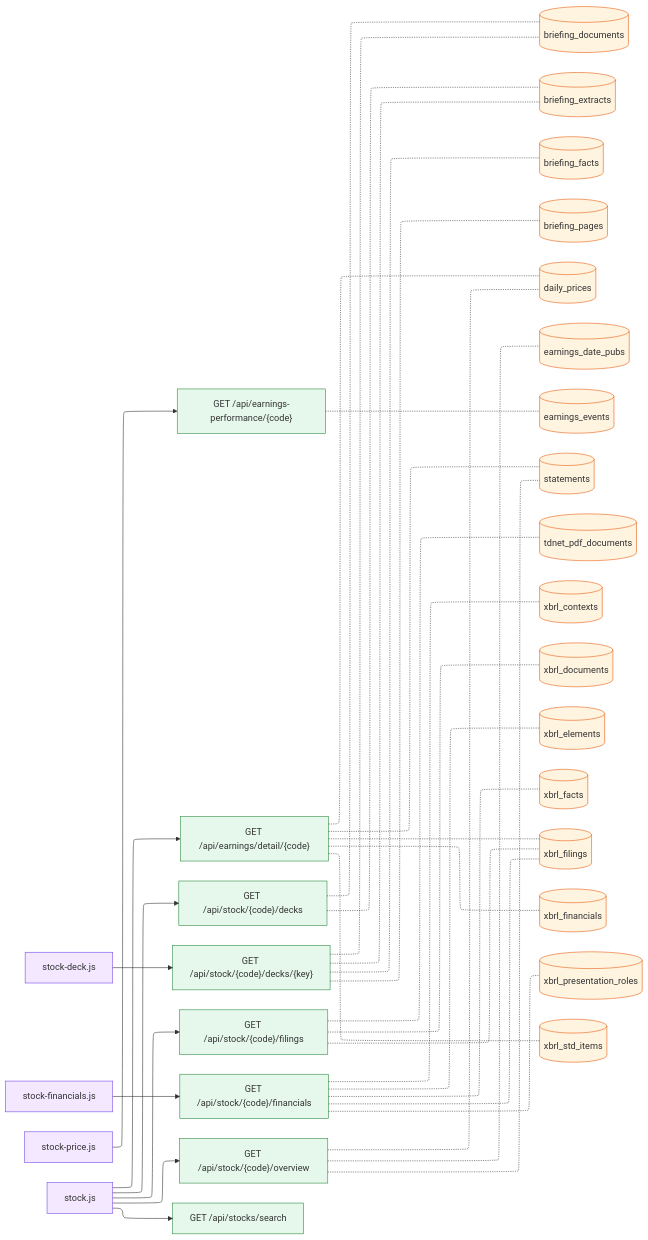
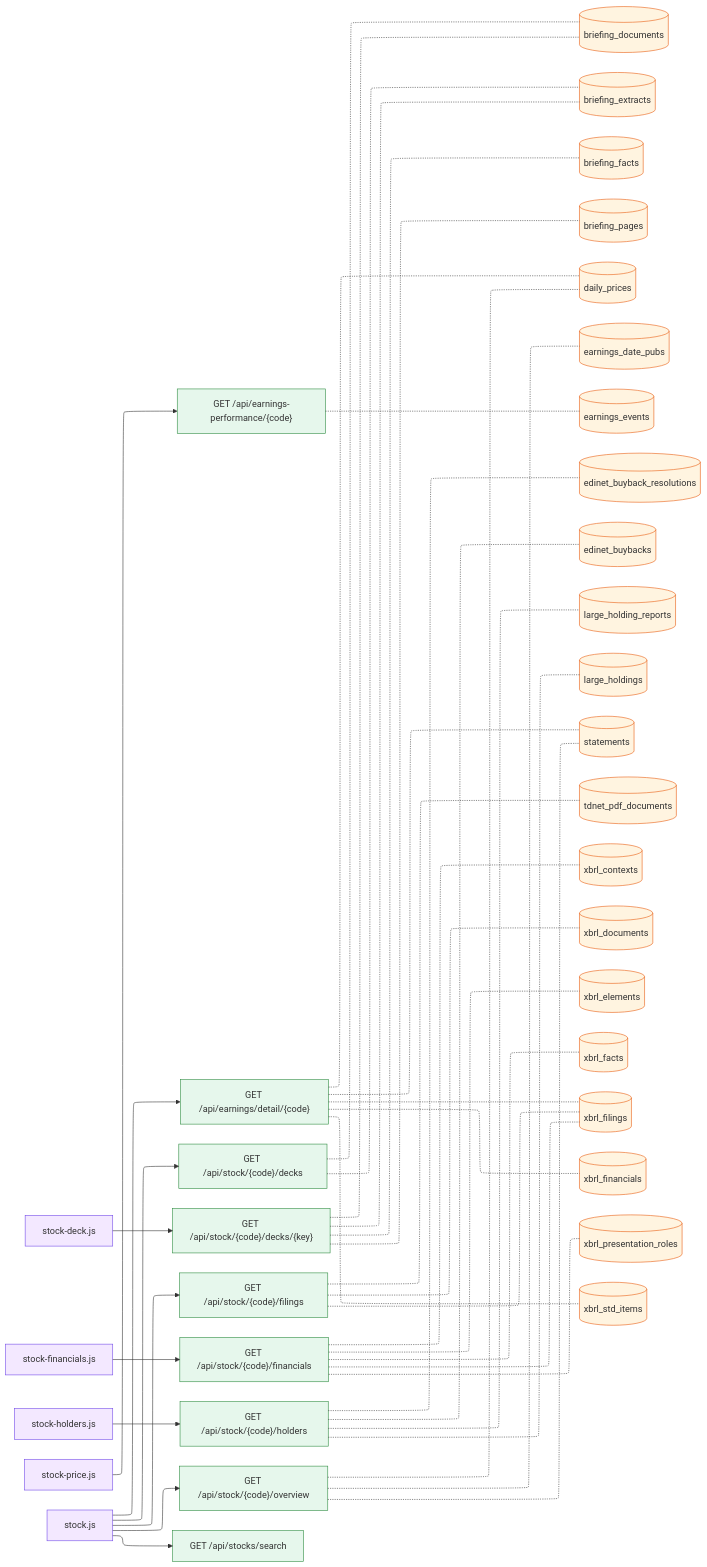
Before and after one commit to pekumirui/stock-analyzer: the diagram in docs/screen/gen/stock.md, drawn with Mermaid. The commit also changed other lines of this file and 46 other files, not shown here.

Commit message:
improve(KAB-621): パンくずリストを消し、画面遷移図を JS の呼び出しから作り直す (#1827)

````diff
--- a/docs/screen/gen/stock.md
+++ b/docs/screen/gen/stock.md
@@ -22,70 +22,81 @@
 ```mermaid
 ---
 config:
   layout: elk
 ---
 flowchart LR
   n0["stock-deck.js"]:::js
   n1["stock-financials.js"]:::js
-  n2["stock-price.js"]:::js
-  n3["stock.js"]:::js
-  n4["GET /api/earnings-performance/{code}"]:::api
-  n5["GET /api/earnings/detail/{code}"]:::api
-  n6["GET /api/stock/{code}/decks"]:::api
-  n7["GET /api/stock/{code}/decks/{key}"]:::api
-  n8["GET /api/stock/{code}/filings"]:::api
-  n9["GET /api/stock/{code}/financials"]:::api
-  n10["GET /api/stock/{code}/overview"]:::api
-  n11["GET /api/stocks/search"]:::api
-  n12[("briefing_documents")]:::tbl
-  n13[("briefing_extracts")]:::tbl
-  n14[("briefing_facts")]:::tbl
-  n15[("briefing_pages")]:::tbl
-  n16[("daily_prices")]:::tbl
-  n17[("earnings_date_pubs")]:::tbl
-  n18[("earnings_events")]:::tbl
-  n19[("statements")]:::tbl
-  n20[("tdnet_pdf_documents")]:::tbl
-  n21[("xbrl_contexts")]:::tbl
-  n22[("xbrl_documents")]:::tbl
-  n23[("xbrl_elements")]:::tbl
-  n24[("xbrl_facts")]:::tbl
-  n25[("xbrl_filings")]:::tbl
-  n26[("xbrl_financials")]:::tbl
-  n27[("xbrl_presentation_roles")]:::tbl
-  n28[("xbrl_std_items")]:::tbl
-  n2 --> n4
-  n4 -.- n18
+  n2["stock-holders.js"]:::js
+  n3["stock-price.js"]:::js
+  n4["stock.js"]:::js
+  n5["GET /api/earnings-performance/{code}"]:::api
+  n6["GET /api/earnings/detail/{code}"]:::api
+  n7["GET /api/stock/{code}/decks"]:::api
+  n8["GET /api/stock/{code}/decks/{key}"]:::api
+  n9["GET /api/stock/{code}/filings"]:::api
+  n10["GET /api/stock/{code}/financials"]:::api
+  n11["GET /api/stock/{code}/holders"]:::api
+  n12["GET /api/stock/{code}/overview"]:::api
+  n13["GET /api/stocks/search"]:::api
+  n14[("briefing_documents")]:::tbl
+  n15[("briefing_extracts")]:::tbl
+  n16[("briefing_facts")]:::tbl
+  n17[("briefing_pages")]:::tbl
+  n18[("daily_prices")]:::tbl
+  n19[("earnings_date_pubs")]:::tbl
+  n20[("earnings_events")]:::tbl
+  n21[("edinet_buyback_resolutions")]:::tbl
+  n22[("edinet_buybacks")]:::tbl
+  n23[("large_holding_reports")]:::tbl
+  n24[("large_holdings")]:::tbl
+  n25[("statements")]:::tbl
+  n26[("tdnet_pdf_documents")]:::tbl
+  n27[("xbrl_contexts")]:::tbl
+  n28[("xbrl_documents")]:::tbl
+  n29[("xbrl_elements")]:::tbl
+  n30[("xbrl_facts")]:::tbl
+  n31[("xbrl_filings")]:::tbl
+  n32[("xbrl_financials")]:::tbl
+  n33[("xbrl_presentation_roles")]:::tbl
+  n34[("xbrl_std_items")]:::tbl
   n3 --> n5
-  n5 -.- n16
-  n5 -.- n19
-  n5 -.- n25
-  n5 -.- n26
-  n5 -.- n28
-  n3 --> n6
-  n6 -.- n12
-  n6 -.- n13
-  n0 --> n7
-  n7 -.- n12
-  n7 -.- n13
+  n5 -.- n20
+  n4 --> n6
+  n6 -.- n18
+  n6 -.- n25
+  n6 -.- n31
+  n6 -.- n32
+  n6 -.- n34
+  n4 --> n7
   n7 -.- n14
   n7 -.- n15
-  n3 --> n8
-  n8 -.- n20
-  n8 -.- n22
-  n8 -.- n25
-  n1 --> n9
-  n9 -.- n21
-  n9 -.- n23
-  n9 -.- n24
-  n9 -.- n25
-  n9 -.- n27
-  n3 --> n10
-  n10 -.- n16
-  n10 -.- n17
-  n10 -.- n19
-  n3 --> n11
+  n0 --> n8
+  n8 -.- n14
+  n8 -.- n15
+  n8 -.- n16
+  n8 -.- n17
+  n4 --> n9
+  n9 -.- n26
+  n9 -.- n28
+  n9 -.- n31
+  n1 --> n10
+  n10 -.- n27
+  n10 -.- n29
+  n10 -.- n30
+  n10 -.- n31
+  n10 -.- n33
+  n2 --> n11
+  n11 -.- n21
+  n11 -.- n22
+  n11 -.- n23
+  n11 -.- n24
+  n4 --> n12
+  n12 -.- n18
+  n12 -.- n19
+  n12 -.- n25
+  n4 --> n13
   classDef js fill:#f3e8ff,stroke:#7048e8
   classDef api fill:#e6f7ec,stroke:#2b8a3e
   classDef tbl fill:#fff4e0,stroke:#e8590c
 ```
````
